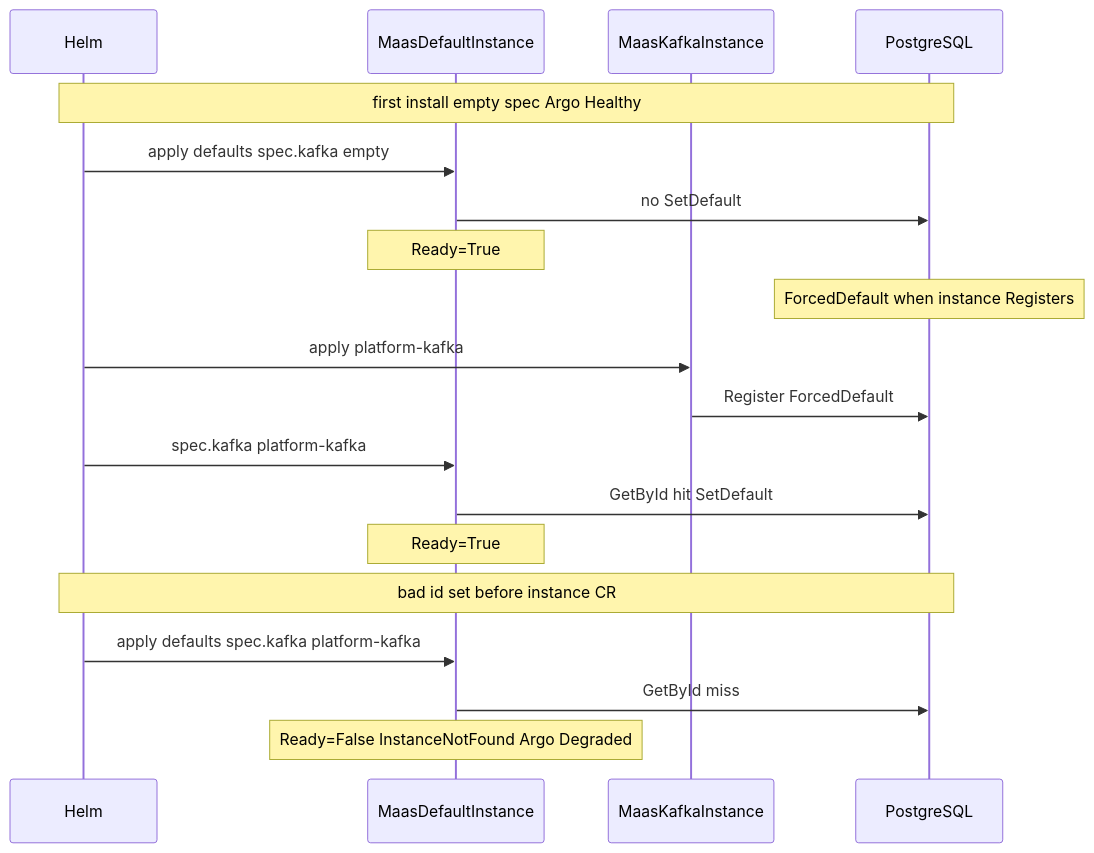
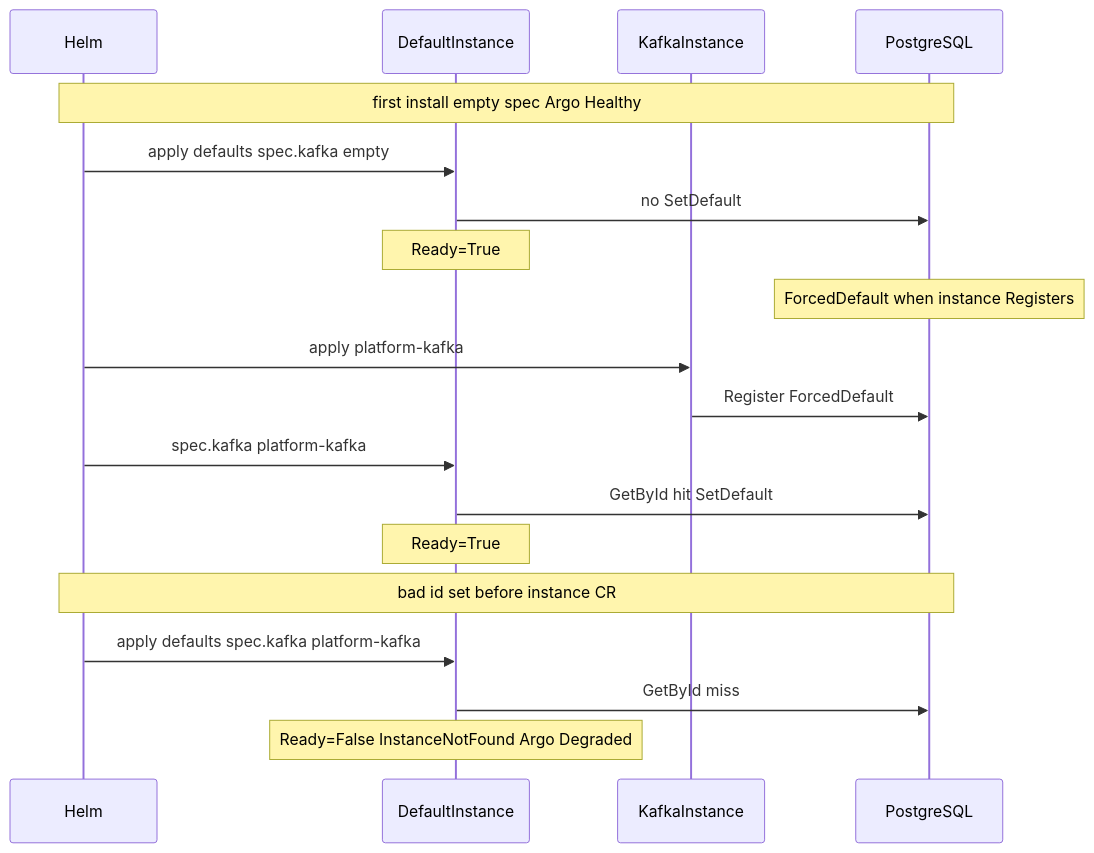
Before and after one commit to Netcracker/qubership-maas: the tenth of 16 diagrams in docs/operator_design.md, drawn with Mermaid. The commit also changed other lines of this file and 3 other files, not shown here.

````diff
--- a/docs/operator_design.md
+++ b/docs/operator_design.md
@@ -1108,23 +1106,23 @@
 ```mermaid
 sequenceDiagram
   participant Helm
-  participant Def as MaasDefaultInstance
-  participant Inst as MaasKafkaInstance
+  participant Def as DefaultInstance
+  participant Inst as KafkaInstance
   participant DB as PostgreSQL
 
   Note over Helm,DB: first install empty spec Argo Healthy
   Helm->>Def: apply defaults spec.kafka empty
   Def->>DB: no SetDefault
   Note over Def: Ready=True
   Note over DB: ForcedDefault when instance Registers
   Helm->>Inst: apply platform-kafka
   Inst->>DB: Register ForcedDefault
   Helm->>Def: spec.kafka platform-kafka
   Def->>DB: GetById hit SetDefault
   Note over Def: Ready=True
 
   Note over Helm,DB: bad id set before instance CR
   Helm->>Def: apply defaults spec.kafka platform-kafka
   Def->>DB: GetById miss
   Note over Def: Ready=False InstanceNotFound Argo Degraded
 ```
````
